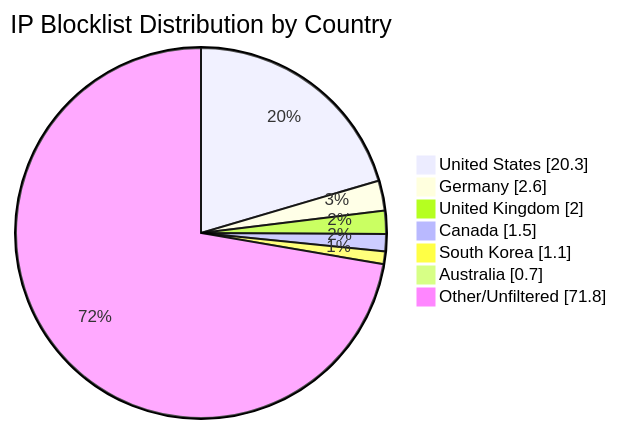
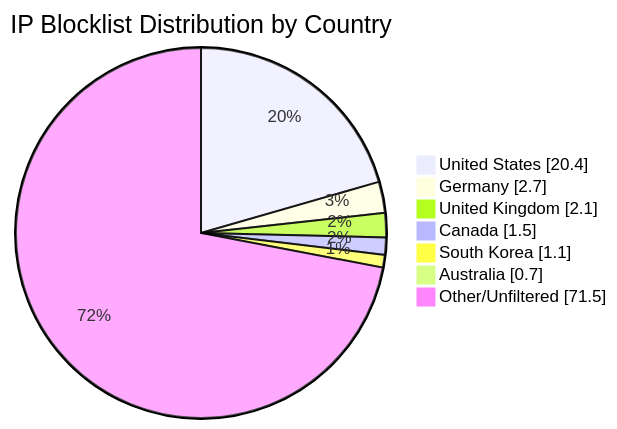
One commit to MarcusHoltz/ipblocklist-geofiltered-aggregator changed the diagram in README.md. Above: the diagram before and after it, drawn with Mermaid. The commit also changed other lines of this file and 9 other files, not shown here.

````diff
--- a/README.md
+++ b/README.md
@@ -34,10 +34,10 @@
 ```mermaid
 pie showData title IP Blocklist Distribution by Country
-"United States" : 20.3
-"Germany" : 2.6
-"United Kingdom" : 2.0
+"United States" : 20.4
+"Germany" : 2.7
+"United Kingdom" : 2.1
 "Canada" : 1.5
 "South Korea" : 1.1
 "Australia" : 0.7
-"Other/Unfiltered" : 71.8
+"Other/Unfiltered" : 71.5
 ```
````
